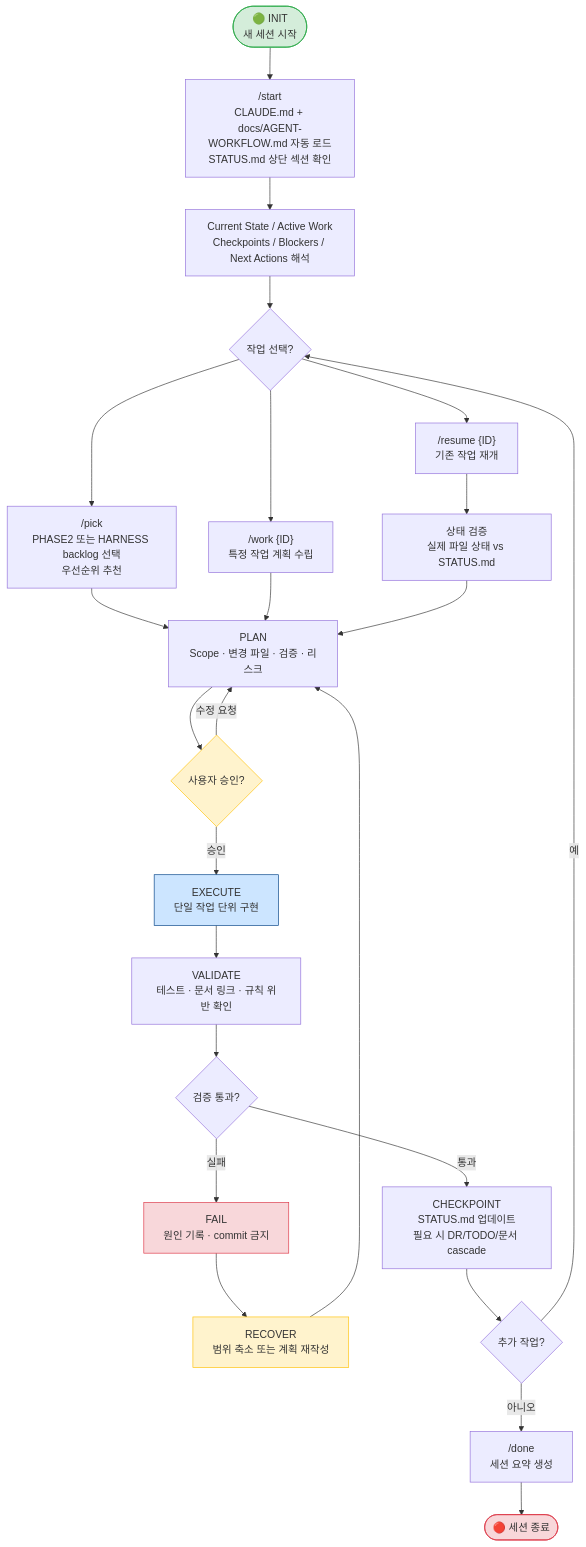
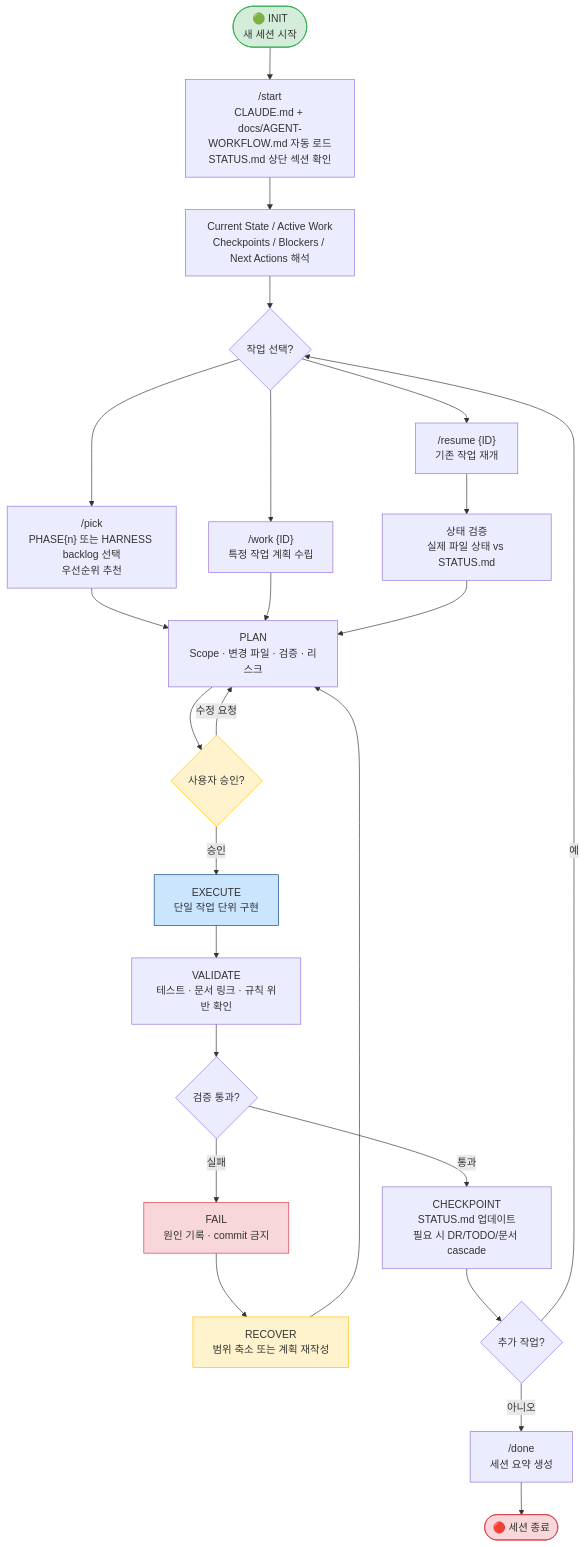
Before and after one commit to kyungseo/ai-workflow-harness: the fourth of 7 diagrams in docs/WORKFLOW-MANUAL.md, drawn with Mermaid. The commit also changed other lines of this file and 19 other files, not shown here.

First line of the commit message:
refactor: generalize PHASE2 routing references to PHASE{n} across harness docs

````diff
--- a/docs/WORKFLOW-MANUAL.md
+++ b/docs/WORKFLOW-MANUAL.md
@@ -528,39 +528,39 @@
 ```mermaid
 flowchart TD
     START([🟢 INIT\n새 세션 시작]) --> STARTUP["/start\nCLAUDE.md + docs/AGENT-WORKFLOW.md 자동 로드\nSTATUS.md 상단 섹션 확인"]
     STARTUP --> STATE["Current State / Active Work\nCheckpoints / Blockers / Next Actions 해석"]
     STATE --> ASSESS{작업 선택?}
 
-    ASSESS --> PICK["/pick\nPHASE2 또는 HARNESS backlog 선택\n우선순위 추천"]
+    ASSESS --> PICK["/pick\nPHASE{n} 또는 HARNESS backlog 선택\n우선순위 추천"]
     ASSESS --> WORK_ID["/work {ID}\n특정 작업 계획 수립"]
     ASSESS --> RESUME["/resume {ID}\n기존 작업 재개"]
 
     PICK --> PLAN["PLAN\nScope · 변경 파일 · 검증 · 리스크"]
     WORK_ID --> PLAN
     RESUME --> VERIFY_STATE["상태 검증\n실제 파일 상태 vs STATUS.md"]
     VERIFY_STATE --> PLAN
 
     PLAN --> APPROVAL{사용자 승인?}
     APPROVAL -- 수정 요청 --> PLAN
     APPROVAL -- 승인 --> EXECUTE["EXECUTE\n단일 작업 단위 구현"]
 
     EXECUTE --> VALIDATE["VALIDATE\n테스트 · 문서 링크 · 규칙 위반 확인"]
     VALIDATE --> PASS{검증 통과?}
     PASS -- 실패 --> FAIL["FAIL\n원인 기록 · commit 금지"]
     FAIL --> RECOVER["RECOVER\n범위 축소 또는 계획 재작성"]
     RECOVER --> PLAN
     PASS -- 통과 --> CHECKPOINT["CHECKPOINT\nSTATUS.md 업데이트\n필요 시 DR/TODO/문서 cascade"]
 
     CHECKPOINT --> NEXT{추가 작업?}
     NEXT -- 예 --> ASSESS
     NEXT -- 아니오 --> DONE["/done\n세션 요약 생성"]
 
     DONE --> END([🔴 세션 종료])
 
     style START fill:#d4edda,stroke:#28a745
     style END fill:#f8d7da,stroke:#dc3545
     style APPROVAL fill:#fff3cd,stroke:#ffc107
     style EXECUTE fill:#cce5ff,stroke:#004085
     style FAIL fill:#f8d7da,stroke:#dc3545
     style RECOVER fill:#fff3cd,stroke:#ffc107
 ```
````
